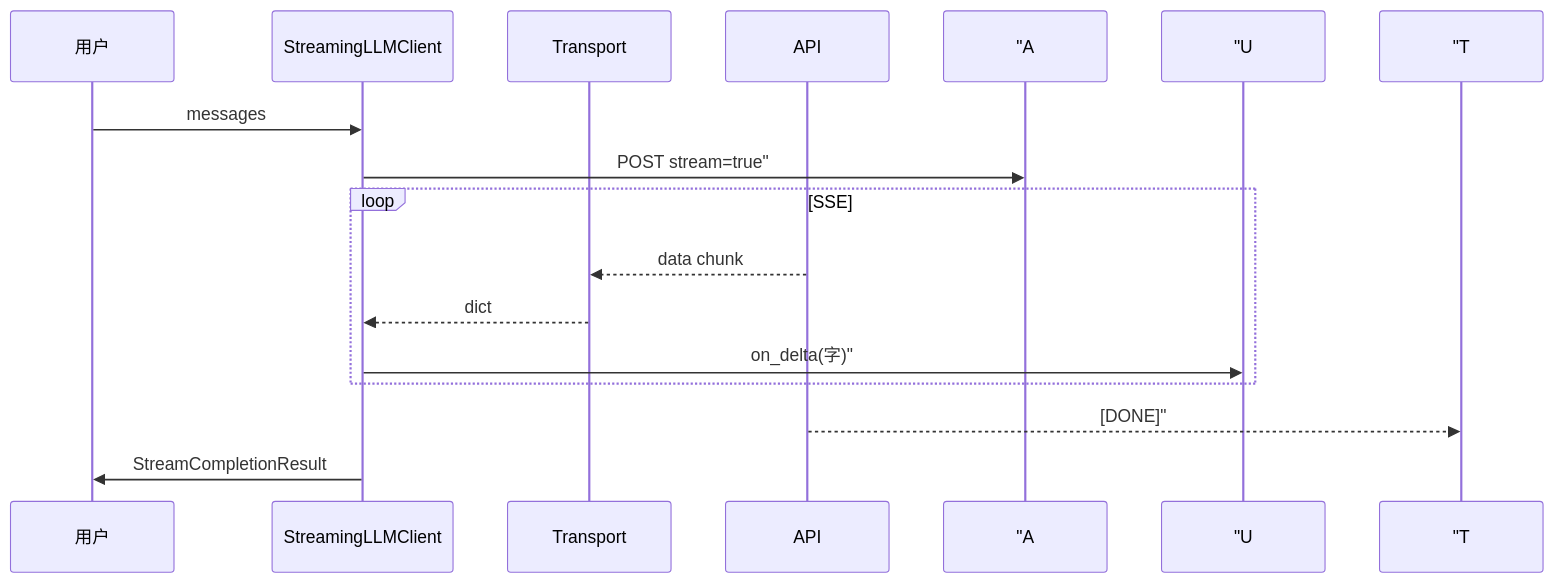
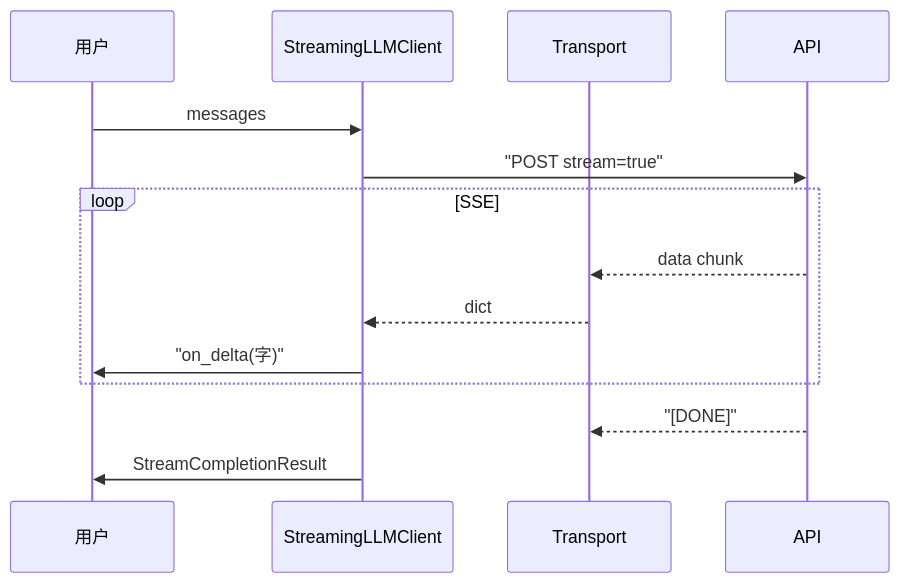
Before and after one commit to ab6539763/70_days_course_plus: the diagram in course/day16/11_流式输出详解.md, drawn with Mermaid. The commit also changed 80 other files, not shown here.

First line of the commit message:
fix(course): 修复 Mermaid 图表渲染报错 + 同步嵌入代码快照

````diff
--- a/course/day16/11_流式输出详解.md
+++ b/course/day16/11_流式输出详解.md
@@ -186,17 +186,17 @@
 ```mermaid
 sequenceDiagram
     participant U as 用户
     participant C as StreamingLLMClient
     participant T as Transport
     participant A as API
 
     U->>C: messages
-    C->> "A: POST stream=true"
+    C->>A: "POST stream=true"
     loop SSE
         A-->>T: data chunk
         T-->>C: dict
-        C->> "U: on_delta(字)"
+        C->>U: "on_delta(字)"
     end
-    A-->> "T: [DONE]"
+    A-->>T: "[DONE]"
     C->>U: StreamCompletionResult
 ```
````
